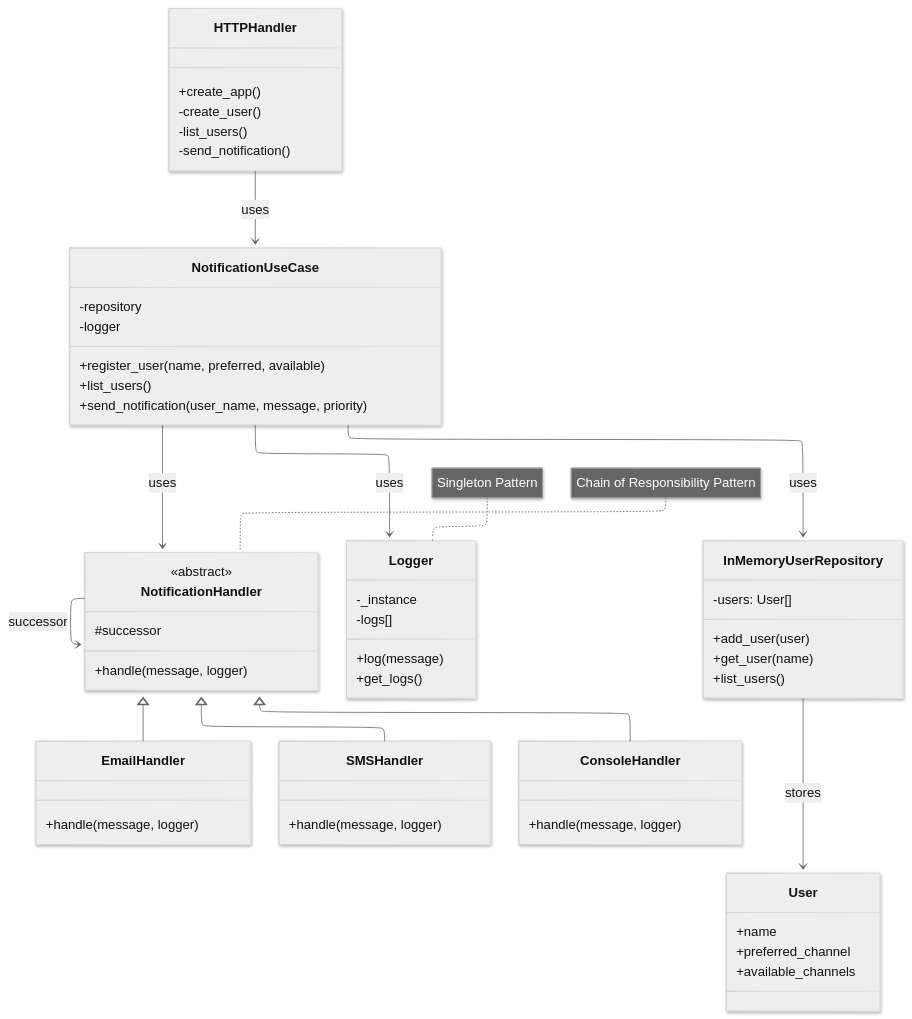
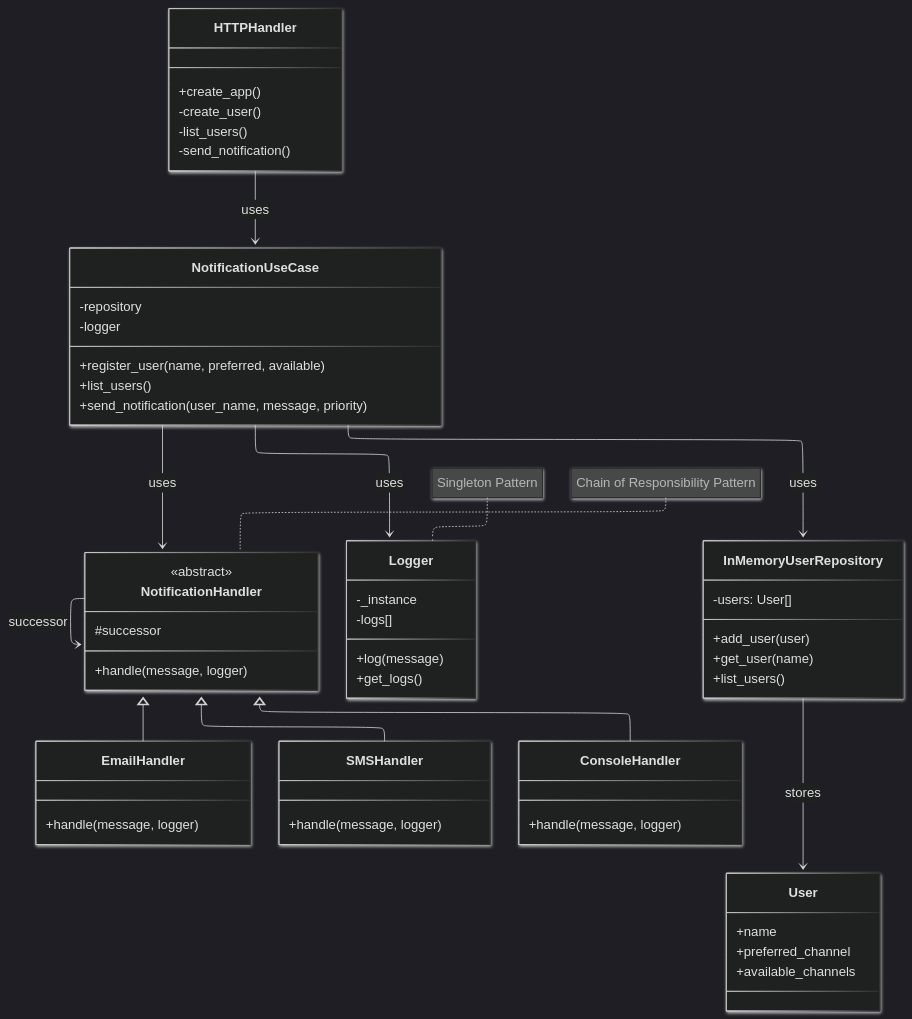
One commit to SwEng2-2025i/MJ7h changed the diagram in laboratories/laboratory_1/1001051472/README.md. Above: the diagram before and after it, drawn with Mermaid.

````diff
--- a/laboratories/laboratory_1/1001051472/README.md
+++ b/laboratories/laboratory_1/1001051472/README.md
@@ -90,66 +90,66 @@
 ```mermaid
 ---
 config:
-  theme: neutral
+  theme: dark
   layout: elk
   look: neo
   adaptiveLayout: true
 ---
 classDiagram
     class HTTPHandler {
         +create_app()
         -create_user()
         -list_users()
         -send_notification()
     }
     class NotificationUseCase {
         -repository
         -logger
         +register_user(name, preferred, available)
         +list_users()
         +send_notification(user_name, message, priority)
     }
     class NotificationHandler {
         <<abstract>>
         #successor
         +handle(message, logger)
     }
     class EmailHandler {
         +handle(message, logger)
     }
     class SMSHandler {
         +handle(message, logger)
     }
     class ConsoleHandler {
         +handle(message, logger)
     }
     class User {
         +name
         +preferred_channel
         +available_channels
     }
     class Logger {
         -_instance
         -logs[] 
         +log(message)
         +get_logs()
     }
     class InMemoryUserRepository {
         -users: User[] 
         +add_user(user)
         +get_user(name)
         +list_users()
     }
     NotificationHandler <|-- EmailHandler
     NotificationHandler <|-- SMSHandler
     NotificationHandler <|-- ConsoleHandler
     NotificationHandler --> NotificationHandler : successor
     HTTPHandler --> NotificationUseCase : uses
     NotificationUseCase --> InMemoryUserRepository : uses
     NotificationUseCase --> Logger : uses
     NotificationUseCase --> NotificationHandler : uses
     InMemoryUserRepository --> User : stores
     note for Logger "Singleton Pattern"
     note for NotificationHandler "Chain of Responsibility Pattern"
 
 ```
````
